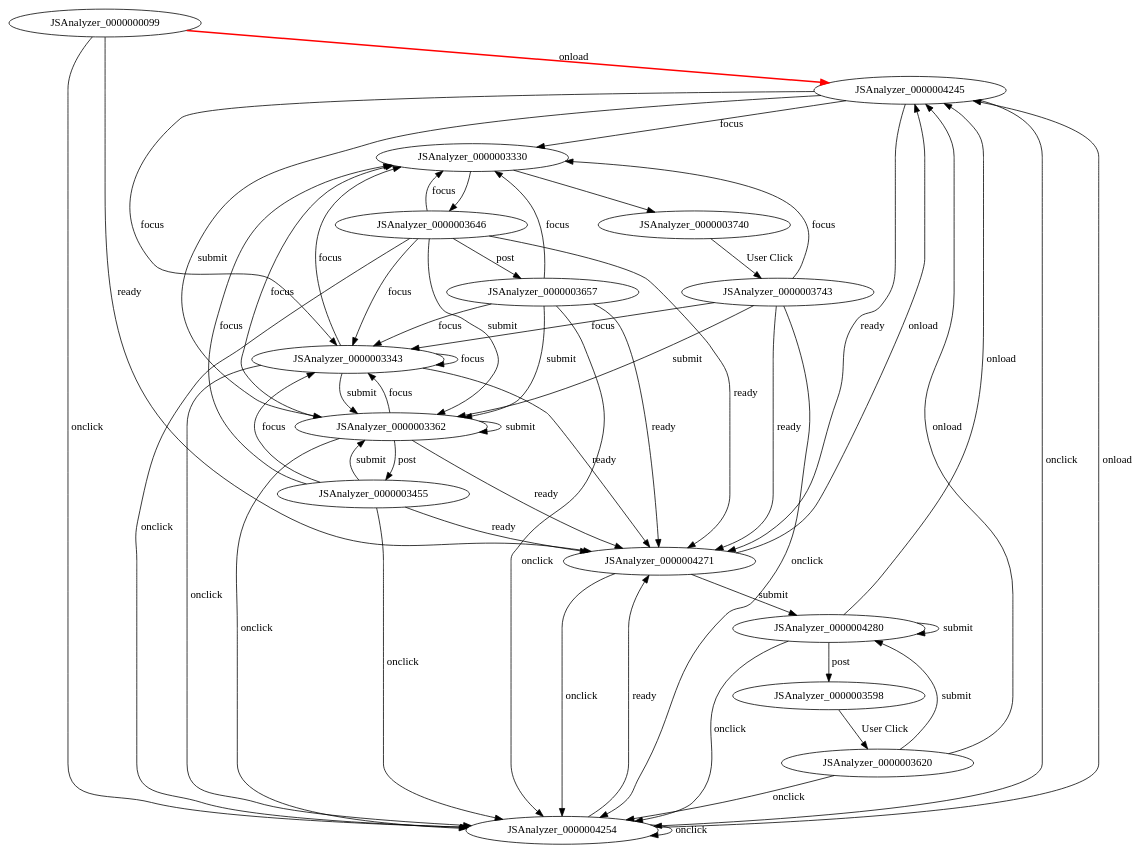
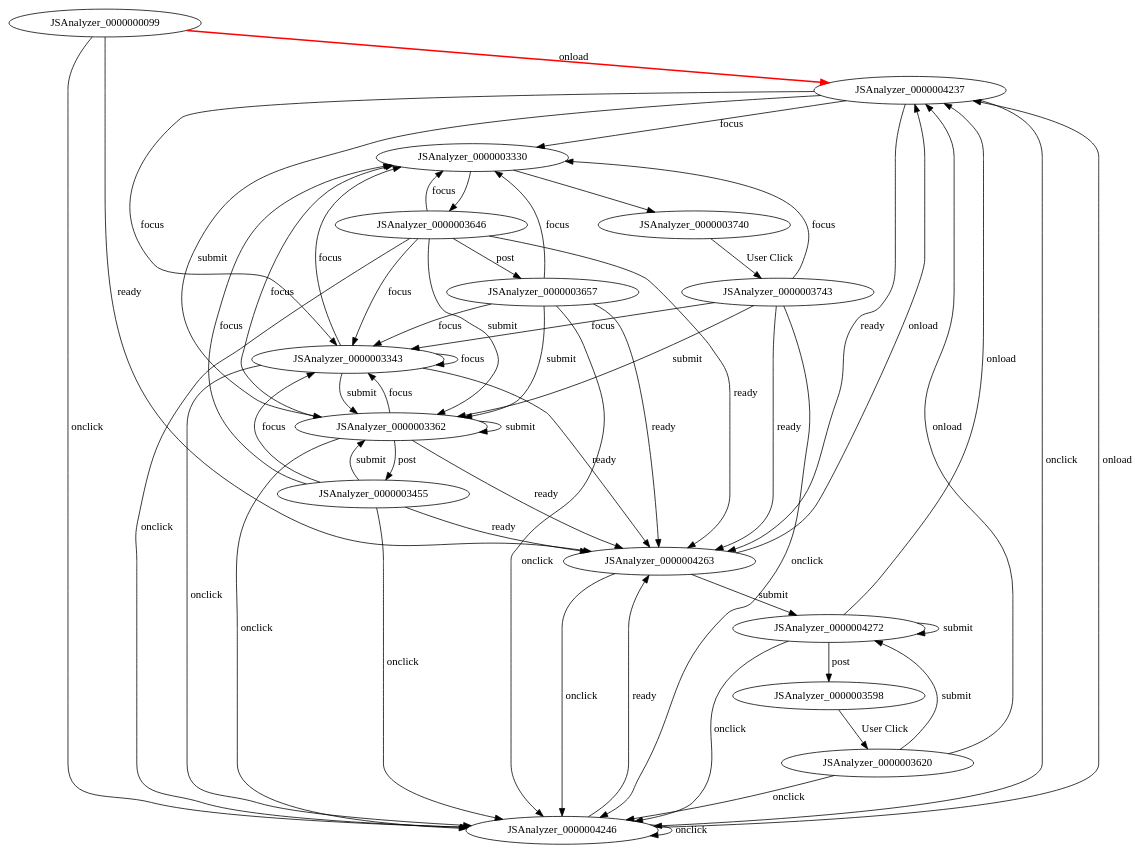
The diagram in projects/project/verify/counterexample/CS2020mError.spec.3.step.1.dot (mzw/JSAnalyzer), drawn with Graphviz before and after one commit. The commit also changed 154 other files, not shown here.

```diff
--- a/projects/project/verify/counterexample/CS2020mError.spec.3.step.1.dot
+++ b/projects/project/verify/counterexample/CS2020mError.spec.3.step.1.dot
@@ -1,74 +1,74 @@
 digraph FSM {
 JSAnalyzer_0000000099;
 JSAnalyzer_0000003330;
 JSAnalyzer_0000003343;
 JSAnalyzer_0000003362;
 JSAnalyzer_0000003455;
 JSAnalyzer_0000003598;
 JSAnalyzer_0000003646;
 JSAnalyzer_0000003657;
 JSAnalyzer_0000003740;
-JSAnalyzer_0000004245;
-JSAnalyzer_0000004254;
-JSAnalyzer_0000004271;
-JSAnalyzer_0000004280;
+JSAnalyzer_0000004237;
+JSAnalyzer_0000004246;
+JSAnalyzer_0000004263;
+JSAnalyzer_0000004272;
 JSAnalyzer_0000003620;
 JSAnalyzer_0000003743;
 JSAnalyzer_0000003330 -> JSAnalyzer_0000003646 []
 JSAnalyzer_0000003330 -> JSAnalyzer_0000003740 []
-JSAnalyzer_0000000099 -> JSAnalyzer_0000004245 [label="onload",style=bold,color=red]
-JSAnalyzer_0000000099 -> JSAnalyzer_0000004254 [label="onclick"]
-JSAnalyzer_0000000099 -> JSAnalyzer_0000004271 [label="ready"]
+JSAnalyzer_0000000099 -> JSAnalyzer_0000004237 [label="onload",style=bold,color=red]
+JSAnalyzer_0000000099 -> JSAnalyzer_0000004246 [label="onclick"]
+JSAnalyzer_0000000099 -> JSAnalyzer_0000004263 [label="ready"]
 JSAnalyzer_0000003343 -> JSAnalyzer_0000003330 [label="focus"]
 JSAnalyzer_0000003343 -> JSAnalyzer_0000003343 [label="focus"]
 JSAnalyzer_0000003343 -> JSAnalyzer_0000003362 [label="submit"]
-JSAnalyzer_0000003343 -> JSAnalyzer_0000004254 [label="onclick"]
-JSAnalyzer_0000003343 -> JSAnalyzer_0000004271 [label="ready"]
+JSAnalyzer_0000003343 -> JSAnalyzer_0000004246 [label="onclick"]
+JSAnalyzer_0000003343 -> JSAnalyzer_0000004263 [label="ready"]
 JSAnalyzer_0000003362 -> JSAnalyzer_0000003455 [label="post"]
 JSAnalyzer_0000003362 -> JSAnalyzer_0000003330 [label="focus"]
 JSAnalyzer_0000003362 -> JSAnalyzer_0000003343 [label="focus"]
 JSAnalyzer_0000003362 -> JSAnalyzer_0000003362 [label="submit"]
-JSAnalyzer_0000003362 -> JSAnalyzer_0000004254 [label="onclick"]
-JSAnalyzer_0000003362 -> JSAnalyzer_0000004271 [label="ready"]
+JSAnalyzer_0000003362 -> JSAnalyzer_0000004246 [label="onclick"]
+JSAnalyzer_0000003362 -> JSAnalyzer_0000004263 [label="ready"]
 JSAnalyzer_0000003455 -> JSAnalyzer_0000003330 [label="focus"]
 JSAnalyzer_0000003455 -> JSAnalyzer_0000003343 [label="focus"]
 JSAnalyzer_0000003455 -> JSAnalyzer_0000003362 [label="submit"]
-JSAnalyzer_0000003455 -> JSAnalyzer_0000004254 [label="onclick"]
-JSAnalyzer_0000003455 -> JSAnalyzer_0000004271 [label="ready"]
+JSAnalyzer_0000003455 -> JSAnalyzer_0000004246 [label="onclick"]
+JSAnalyzer_0000003455 -> JSAnalyzer_0000004263 [label="ready"]
 JSAnalyzer_0000003598 -> JSAnalyzer_0000003620 [label="User Click"]
 JSAnalyzer_0000003646 -> JSAnalyzer_0000003657 [label="post"]
 JSAnalyzer_0000003646 -> JSAnalyzer_0000003330 [label="focus"]
 JSAnalyzer_0000003646 -> JSAnalyzer_0000003343 [label="focus"]
 JSAnalyzer_0000003646 -> JSAnalyzer_0000003362 [label="submit"]
-JSAnalyzer_0000003646 -> JSAnalyzer_0000004254 [label="onclick"]
-JSAnalyzer_0000003646 -> JSAnalyzer_0000004271 [label="ready"]
+JSAnalyzer_0000003646 -> JSAnalyzer_0000004246 [label="onclick"]
+JSAnalyzer_0000003646 -> JSAnalyzer_0000004263 [label="ready"]
 JSAnalyzer_0000003657 -> JSAnalyzer_0000003330 [label="focus"]
 JSAnalyzer_0000003657 -> JSAnalyzer_0000003343 [label="focus"]
 JSAnalyzer_0000003657 -> JSAnalyzer_0000003362 [label="submit"]
-JSAnalyzer_0000003657 -> JSAnalyzer_0000004254 [label="onclick"]
-JSAnalyzer_0000003657 -> JSAnalyzer_0000004271 [label="ready"]
+JSAnalyzer_0000003657 -> JSAnalyzer_0000004246 [label="onclick"]
+JSAnalyzer_0000003657 -> JSAnalyzer_0000004263 [label="ready"]
 JSAnalyzer_0000003740 -> JSAnalyzer_0000003743 [label="User Click"]
-JSAnalyzer_0000004245 -> JSAnalyzer_0000003330 [label="focus"]
-JSAnalyzer_0000004245 -> JSAnalyzer_0000003343 [label="focus"]
-JSAnalyzer_0000004245 -> JSAnalyzer_0000003362 [label="submit"]
-JSAnalyzer_0000004245 -> JSAnalyzer_0000004254 [label="onclick"]
-JSAnalyzer_0000004245 -> JSAnalyzer_0000004271 [label="ready"]
-JSAnalyzer_0000004254 -> JSAnalyzer_0000004245 [label="onload"]
-JSAnalyzer_0000004254 -> JSAnalyzer_0000004254 [label="onclick"]
-JSAnalyzer_0000004254 -> JSAnalyzer_0000004271 [label="ready"]
-JSAnalyzer_0000004271 -> JSAnalyzer_0000004280 [label="submit"]
-JSAnalyzer_0000004271 -> JSAnalyzer_0000004245 [label="onload"]
-JSAnalyzer_0000004271 -> JSAnalyzer_0000004254 [label="onclick"]
-JSAnalyzer_0000004280 -> JSAnalyzer_0000003598 [label="post"]
-JSAnalyzer_0000004280 -> JSAnalyzer_0000004280 [label="submit"]
-JSAnalyzer_0000004280 -> JSAnalyzer_0000004245 [label="onload"]
-JSAnalyzer_0000004280 -> JSAnalyzer_0000004254 [label="onclick"]
-JSAnalyzer_0000003620 -> JSAnalyzer_0000004280 [label="submit"]
-JSAnalyzer_0000003620 -> JSAnalyzer_0000004245 [label="onload"]
-JSAnalyzer_0000003620 -> JSAnalyzer_0000004254 [label="onclick"]
+JSAnalyzer_0000004237 -> JSAnalyzer_0000003330 [label="focus"]
+JSAnalyzer_0000004237 -> JSAnalyzer_0000003343 [label="focus"]
+JSAnalyzer_0000004237 -> JSAnalyzer_0000003362 [label="submit"]
+JSAnalyzer_0000004237 -> JSAnalyzer_0000004246 [label="onclick"]
+JSAnalyzer_0000004237 -> JSAnalyzer_0000004263 [label="ready"]
+JSAnalyzer_0000004246 -> JSAnalyzer_0000004237 [label="onload"]
+JSAnalyzer_0000004246 -> JSAnalyzer_0000004246 [label="onclick"]
+JSAnalyzer_0000004246 -> JSAnalyzer_0000004263 [label="ready"]
+JSAnalyzer_0000004263 -> JSAnalyzer_0000004272 [label="submit"]
+JSAnalyzer_0000004263 -> JSAnalyzer_0000004237 [label="onload"]
+JSAnalyzer_0000004263 -> JSAnalyzer_0000004246 [label="onclick"]
+JSAnalyzer_0000004272 -> JSAnalyzer_0000003598 [label="post"]
+JSAnalyzer_0000004272 -> JSAnalyzer_0000004272 [label="submit"]
+JSAnalyzer_0000004272 -> JSAnalyzer_0000004237 [label="onload"]
+JSAnalyzer_0000004272 -> JSAnalyzer_0000004246 [label="onclick"]
+JSAnalyzer_0000003620 -> JSAnalyzer_0000004272 [label="submit"]
+JSAnalyzer_0000003620 -> JSAnalyzer_0000004237 [label="onload"]
+JSAnalyzer_0000003620 -> JSAnalyzer_0000004246 [label="onclick"]
 JSAnalyzer_0000003743 -> JSAnalyzer_0000003330 [label="focus"]
 JSAnalyzer_0000003743 -> JSAnalyzer_0000003343 [label="focus"]
 JSAnalyzer_0000003743 -> JSAnalyzer_0000003362 [label="submit"]
-JSAnalyzer_0000003743 -> JSAnalyzer_0000004254 [label="onclick"]
-JSAnalyzer_0000003743 -> JSAnalyzer_0000004271 [label="ready"]
+JSAnalyzer_0000003743 -> JSAnalyzer_0000004246 [label="onclick"]
+JSAnalyzer_0000003743 -> JSAnalyzer_0000004263 [label="ready"]
 }
```
